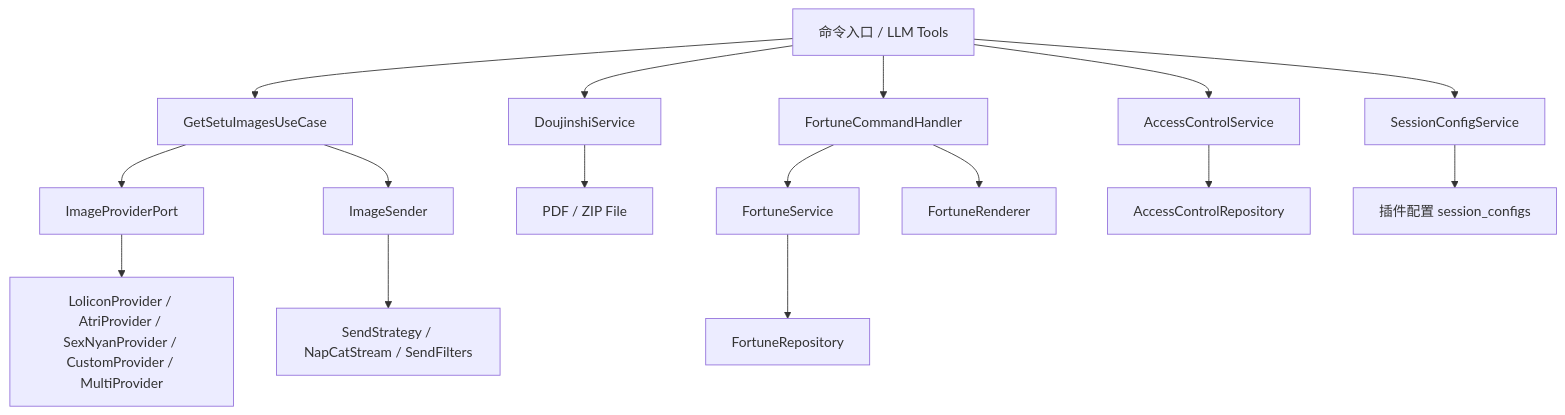
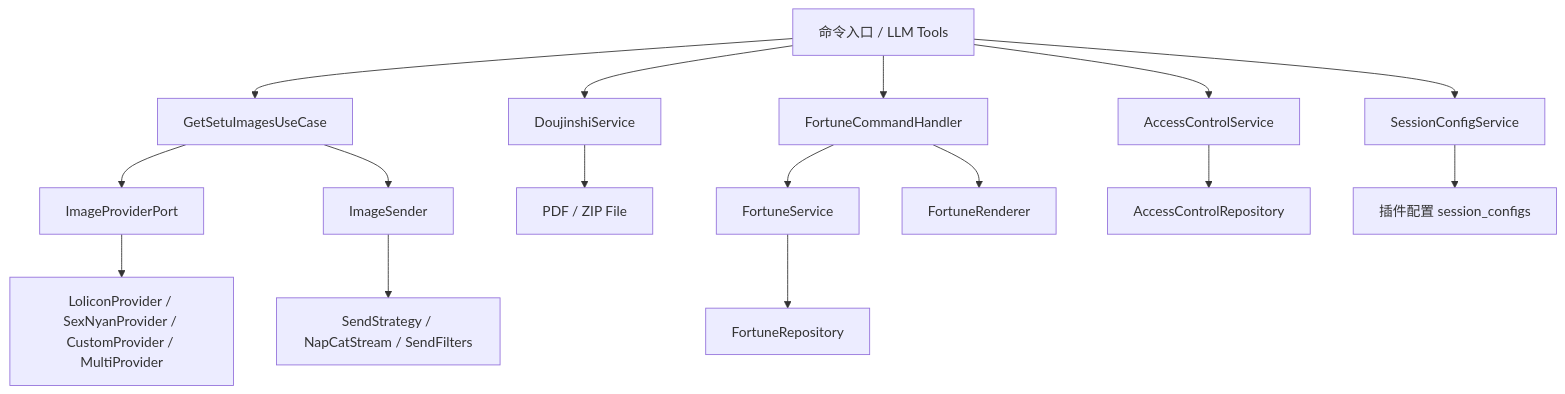
Before and after one commit to AstrBot-Elementary-School/astrbot_plugin_setu: the diagram in docs/project/architecture.md, drawn with Mermaid. The commit also changed other lines of this file and 26 other files, not shown here.

First line of the commit message:
feat: 移除 Atri 图片源并接入功能开关和短语模板

````diff
--- a/docs/project/architecture.md
+++ b/docs/project/architecture.md
@@ -80,22 +80,22 @@
 ```mermaid
 flowchart TD
   A["命令入口 / LLM Tools"] --> B["GetSetuImagesUseCase"]
   A --> C["FortuneCommandHandler"]
   A --> D["AccessControlService"]
   A --> E["SessionConfigService"]
   A --> O["DoujinshiService"]
 
   B --> F["ImageProviderPort"]
-  F --> G["LoliconProvider / AtriProvider / SexNyanProvider / CustomProvider / MultiProvider"]
+  F --> G["LoliconProvider / SexNyanProvider / CustomProvider / MultiProvider"]
   B --> H["ImageSender"]
   H --> I["SendStrategy / NapCatStream / SendFilters"]
   O --> P["PDF / ZIP File"]
 
   C --> J["FortuneService"]
   J --> K["FortuneRepository"]
   C --> L["FortuneRenderer"]
 
   D --> M["AccessControlRepository"]
 
   E --> N["插件配置 session_configs"]
 ```
````
